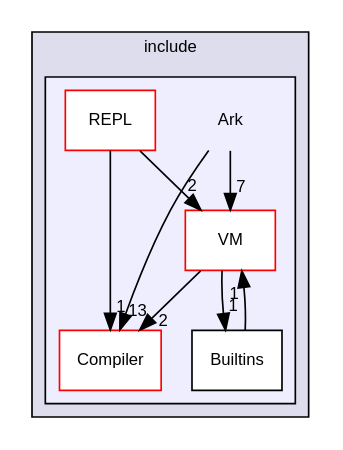
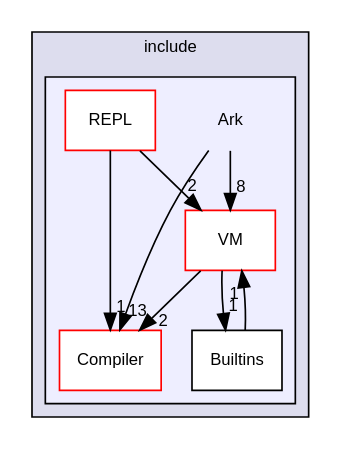
One commit to ArkScript-lang/old-website changed the diagram in docs/impl/dir_a8b6c64285bf9ac60f50770eb2fc48b5_dep.dot. Above: the diagram before and after it, drawn with Graphviz. The commit also changed 558 other files, not shown here.

```diff
--- a/docs/impl/dir_a8b6c64285bf9ac60f50770eb2fc48b5_dep.dot
+++ b/docs/impl/dir_a8b6c64285bf9ac60f50770eb2fc48b5_dep.dot
@@ -1,23 +1,23 @@
 digraph "C:/Users/folae/Documents/Code/Big-Projects/ArkScript/Ark/include/Ark" {
   compound=true
   node [ fontsize="10", fontname="Helvetica"];
   edge [ labelfontsize="10", labelfontname="Helvetica"];
   subgraph clusterdir_d44c64559bbebec7f509842c48db8b23 {
     graph [ bgcolor="#ddddee", pencolor="black", label="include" fontname="Helvetica", fontsize="10", URL="dir_d44c64559bbebec7f509842c48db8b23.html"]
   subgraph clusterdir_a8b6c64285bf9ac60f50770eb2fc48b5 {
     graph [ bgcolor="#eeeeff", pencolor="black", label="" URL="dir_a8b6c64285bf9ac60f50770eb2fc48b5.html"];
     dir_a8b6c64285bf9ac60f50770eb2fc48b5 [shape=plaintext label="Ark"];
   dir_e4e3cacaa047e3554112dad79d53bc60 [shape=box label="Builtins" fillcolor="white" style="filled" URL="dir_e4e3cacaa047e3554112dad79d53bc60.html"];
   dir_e4f19535f57335fb80a0267cec25bf70 [shape=box label="Compiler" fillcolor="white" style="filled" color="red" URL="dir_e4f19535f57335fb80a0267cec25bf70.html"];
   dir_fcfe4316a8cc31a1cf70428f9403b478 [shape=box label="REPL" fillcolor="white" style="filled" color="red" URL="dir_fcfe4316a8cc31a1cf70428f9403b478.html"];
   dir_222307dbf92126e8e24c7a501f533901 [shape=box label="VM" fillcolor="white" style="filled" color="red" URL="dir_222307dbf92126e8e24c7a501f533901.html"];
   }
   }
   dir_222307dbf92126e8e24c7a501f533901->dir_e4e3cacaa047e3554112dad79d53bc60 [headlabel="1", labeldistance=1.5 headhref="dir_000009_000002.html"];
   dir_222307dbf92126e8e24c7a501f533901->dir_e4f19535f57335fb80a0267cec25bf70 [headlabel="2", labeldistance=1.5 headhref="dir_000009_000003.html"];
-  dir_a8b6c64285bf9ac60f50770eb2fc48b5->dir_222307dbf92126e8e24c7a501f533901 [headlabel="7", labeldistance=1.5 headhref="dir_000001_000009.html"];
+  dir_a8b6c64285bf9ac60f50770eb2fc48b5->dir_222307dbf92126e8e24c7a501f533901 [headlabel="8", labeldistance=1.5 headhref="dir_000001_000009.html"];
   dir_a8b6c64285bf9ac60f50770eb2fc48b5->dir_e4f19535f57335fb80a0267cec25bf70 [headlabel="13", labeldistance=1.5 headhref="dir_000001_000003.html"];
   dir_e4e3cacaa047e3554112dad79d53bc60->dir_222307dbf92126e8e24c7a501f533901 [headlabel="1", labeldistance=1.5 headhref="dir_000002_000009.html"];
   dir_fcfe4316a8cc31a1cf70428f9403b478->dir_222307dbf92126e8e24c7a501f533901 [headlabel="2", labeldistance=1.5 headhref="dir_000007_000009.html"];
   dir_fcfe4316a8cc31a1cf70428f9403b478->dir_e4f19535f57335fb80a0267cec25bf70 [headlabel="1", labeldistance=1.5 headhref="dir_000007_000003.html"];
 }
```
